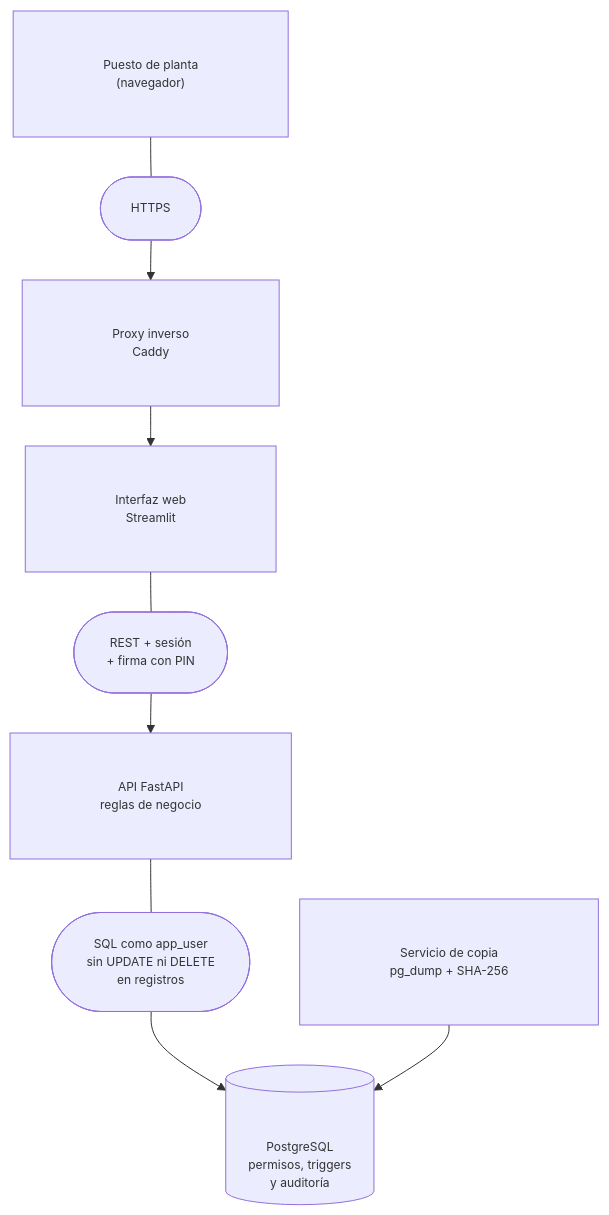
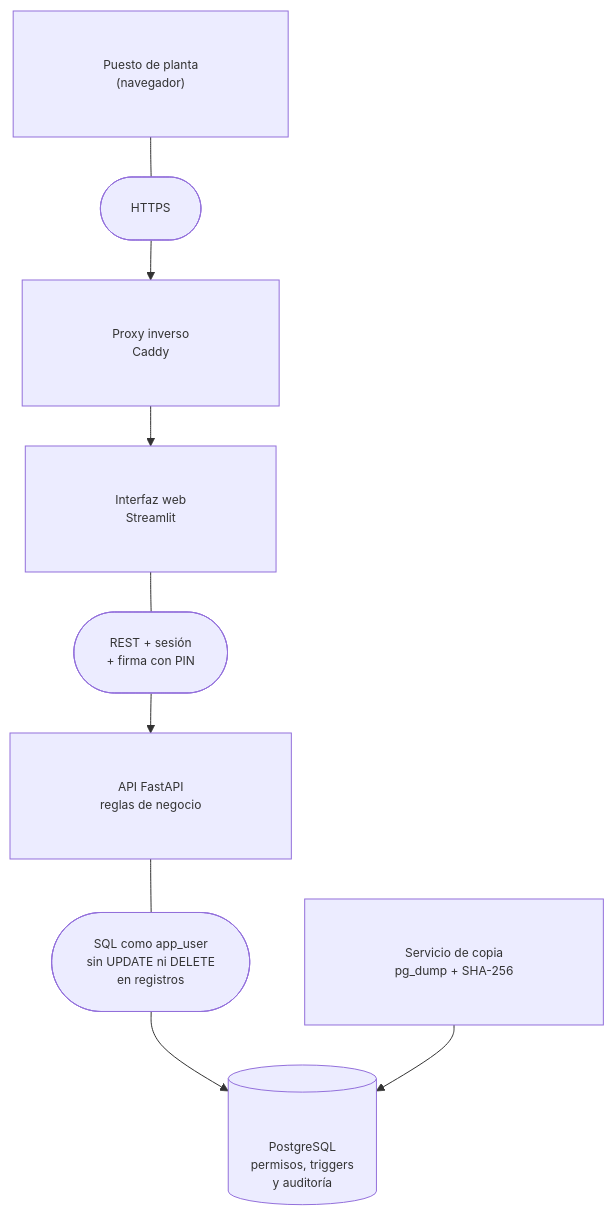
One commit to Aless-Mereu/Escaparate-Libro-Diligenciado-Digital changed the diagram in README.md. Above: the diagram before and after it, drawn with Mermaid.

Commit message:
cambios estéticos menores

````diff
--- a/README.md
+++ b/README.md
@@ -63,11 +63,11 @@
 ```mermaid
-%%{init: {"themeVariables": {"fontSize": "12px", "fontFamily": "Arial, Helvetica, sans-serif"}, "flowchart": {"htmlLabels": false, "padding": 45, "nodeSpacing": 50, "rankSpacing": 40}}}%%
+%%{init: {"themeVariables": {"fontSize": "12px", "fontFamily": "Arial, Helvetica, sans-serif"}, "flowchart": {"htmlLabels": false, "padding": 45, "nodeSpacing": 55, "rankSpacing": 40}}}%%
 flowchart TD
     %% Los textos de las flechas van en cajas propias (forma redondeada):
     %% las cajas tienen fondo opaco y la flecha no las atraviesa.
     A["Puesto de planta<br/>(navegador)"] --- C1(["HTTPS"]) --> P["Proxy inverso<br/>Caddy"]
     P --> F["Interfaz web<br/>Streamlit"]
     F --- C2(["REST + sesión<br/>+ firma con PIN"]) --> B["API FastAPI<br/>reglas de negocio"]
     B --- C3(["SQL como app_user<br/>sin UPDATE ni DELETE<br/>en registros"]) --> D[("PostgreSQL<br/>permisos, triggers<br/>y auditoría")]
     K["Servicio de copia<br/>pg_dump + SHA-256"] --> D
 ```
````
